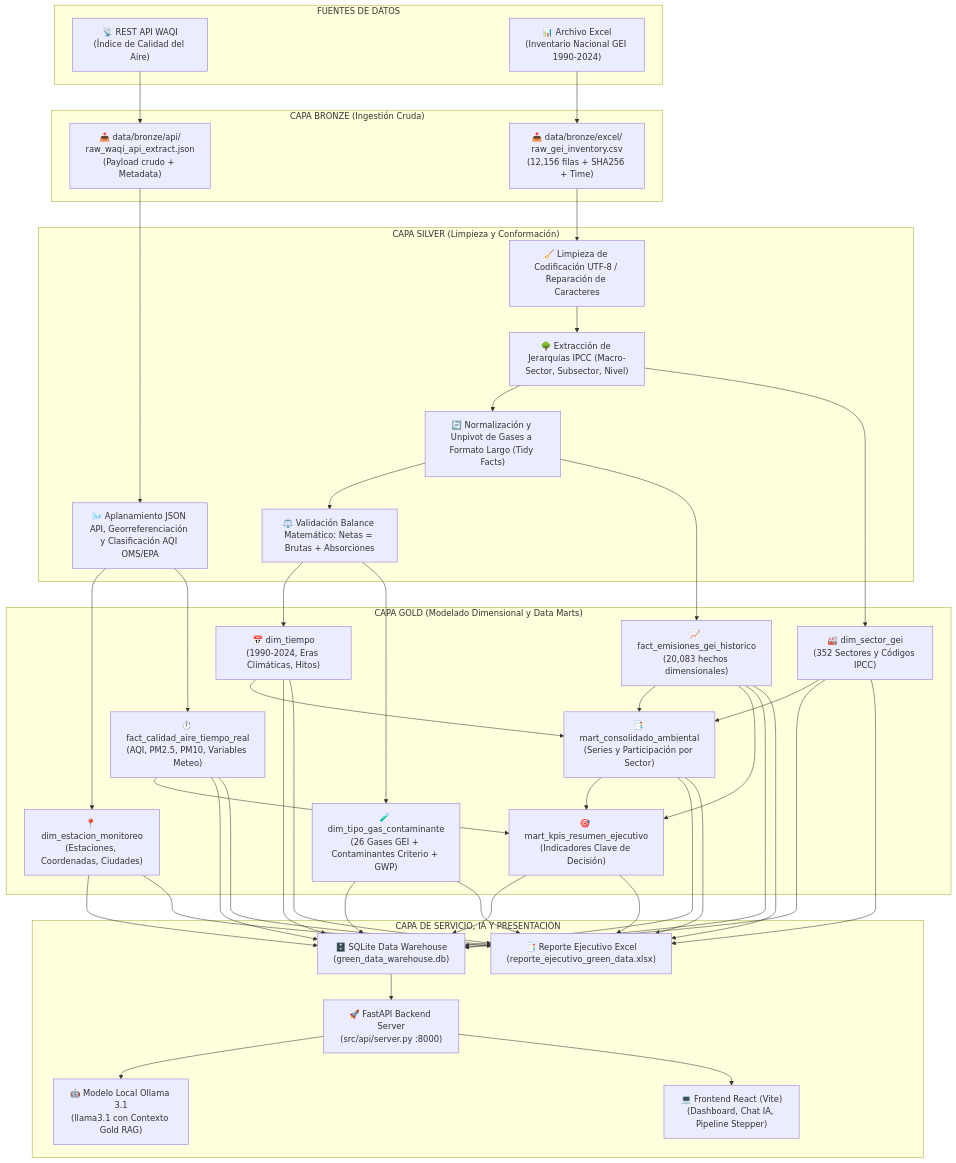
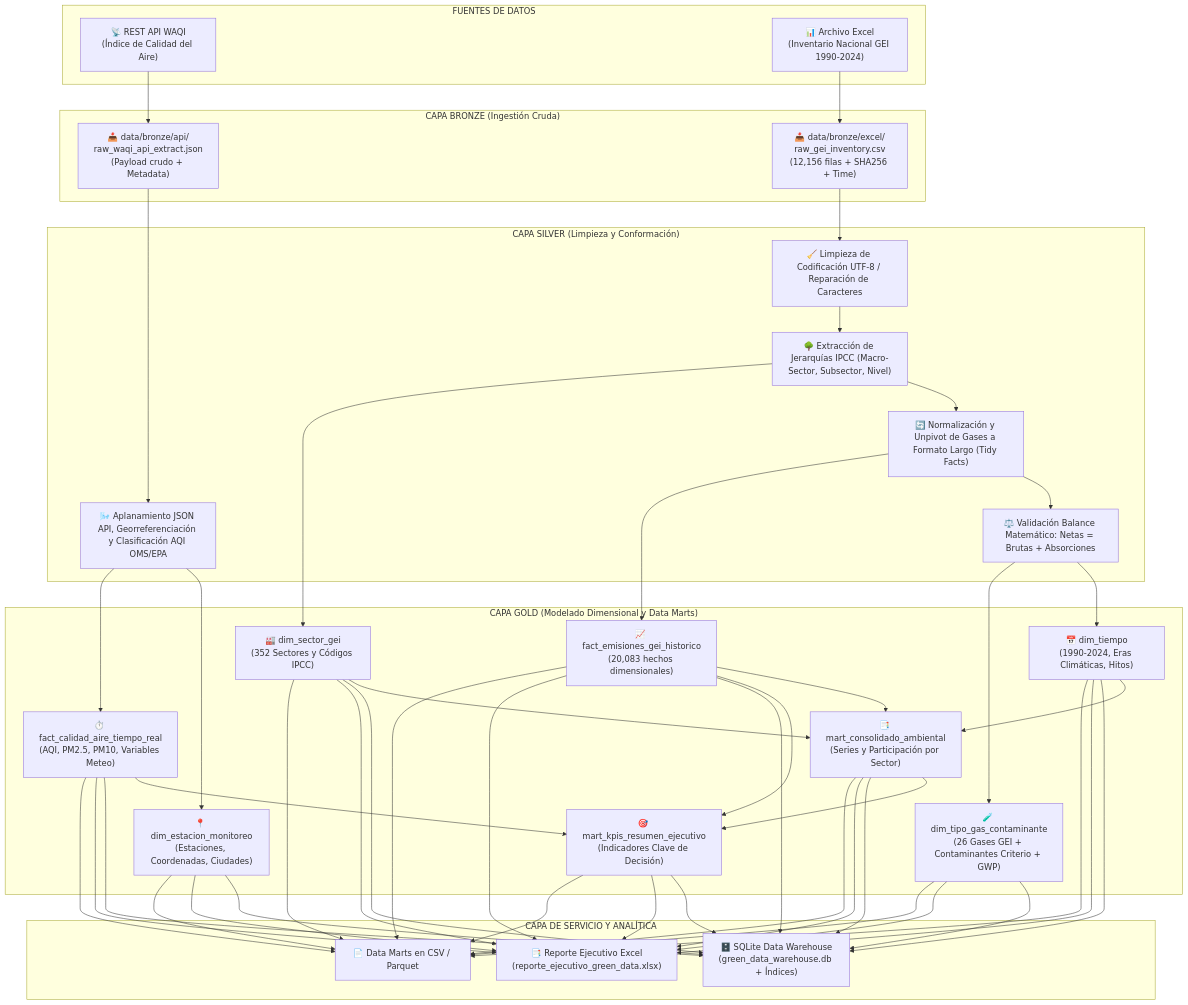
The first of 3 diagrams in README.md (miguelherrerasantanilla800-wq/Parcial-ETL-Green-Data), drawn with Mermaid before and after one commit. The commit also changed other lines of this file and 12 other files, not shown here.

````diff
--- a/README.md
+++ b/README.md
@@ -34,62 +35,57 @@
 ```mermaid
 flowchart TD
     subgraph SOURCELAYER [" FUENTES DE DATOS "]
         SRC_API["📡 REST API WAQI<br/>(Índice de Calidad del Aire)"]
         SRC_XLS["📊 Archivo Excel<br/>(Inventario Nacional GEI 1990-2024)"]
     end
 
     subgraph BRONZELAYER [" CAPA BRONZE (Ingestión Cruda) "]
         BRZ_API["📥 data/bronze/api/<br/>raw_waqi_api_extract.json<br/>(Payload crudo + Metadata)"]
         BRZ_XLS["📥 data/bronze/excel/<br/>raw_gei_inventory.csv<br/>(12,156 filas + SHA256 + Time)"]
     end
 
     subgraph SILVERLAYER [" CAPA SILVER (Limpieza y Conformación) "]
         SLV_CLEAN["🧹 Limpieza de Codificación UTF-8 / Reparación de Caracteres"]
         SLV_PARSE["🌳 Extracción de Jerarquías IPCC (Macro-Sector, Subsector, Nivel)"]
         SLV_NORM["🔄 Normalización y Unpivot de Gases a Formato Largo (Tidy Facts)"]
         SLV_VAL["⚖️ Validación Balance Matemático: Netas = Brutas + Absorciones"]
         SLV_AIR["🌬️ Aplanamiento JSON API, Georreferenciación y Clasificación AQI OMS/EPA"]
     end
 
     subgraph GOLDLAYER [" CAPA GOLD (Modelado Dimensional y Data Marts) "]
         DIM_T["📅 dim_tiempo<br/>(1990-2024, Eras Climáticas, Hitos)"]
         DIM_S["🏭 dim_sector_gei<br/>(352 Sectores y Códigos IPCC)"]
         DIM_G["🧪 dim_tipo_gas_contaminante<br/>(26 Gases GEI + Contaminantes Criterio + GWP)"]
         DIM_E["📍 dim_estacion_monitoreo<br/>(Estaciones, Coordenadas, Ciudades)"]
         FACT_G["📈 fact_emisiones_gei_historico<br/>(20,083 hechos dimensionales)"]
         FACT_A["⏱️ fact_calidad_aire_tiempo_real<br/>(AQI, PM2.5, PM10, Variables Meteo)"]
         MART_C["📑 mart_consolidado_ambiental<br/>(Series y Participación por Sector)"]
         MART_K["🎯 mart_kpis_resumen_ejecutivo<br/>(Indicadores Clave de Decisión)"]
     end
 
-    subgraph SERVINGLAYER [" CAPA DE SERVICIO, IA Y PRESENTACIÓN "]
-        DB_SQL["🗄️ SQLite Data Warehouse<br/>(green_data_warehouse.db)"]
+    subgraph SERVINGLAYER [" CAPA DE SERVICIO Y ANALÍTICA "]
+        DB_SQL["🗄️ SQLite Data Warehouse<br/>(green_data_warehouse.db + Índices)"]
         XLS_REP["📑 Reporte Ejecutivo Excel<br/>(reporte_ejecutivo_green_data.xlsx)"]
-        API_SRV["🚀 FastAPI Backend Server<br/>(src/api/server.py :8000)"]
-        OLLAMA["🤖 Modelo Local Ollama 3.1<br/>(llama3.1 con Contexto Gold RAG)"]
-        REACT_UI["💻 Frontend React (Vite)<br/>(Dashboard, Chat IA, Pipeline Stepper)"]
+        CSV_PUB["📄 Data Marts en CSV / Parquet"]
     end
 
     SRC_API --> BRZ_API
     SRC_XLS --> BRZ_XLS
 
     BRZ_API --> SLV_AIR
     BRZ_XLS --> SLV_CLEAN --> SLV_PARSE --> SLV_NORM --> SLV_VAL
 
     SLV_PARSE --> DIM_S
     SLV_NORM --> FACT_G
     SLV_VAL --> DIM_T
     SLV_VAL --> DIM_G
     SLV_AIR --> DIM_E
     SLV_AIR --> FACT_A
 
     FACT_G & DIM_S & DIM_T --> MART_C
     FACT_G & FACT_A & MART_C --> MART_K
 
     DIM_T & DIM_S & DIM_G & DIM_E & FACT_G & FACT_A & MART_C & MART_K --> DB_SQL
     DIM_T & DIM_S & DIM_G & DIM_E & FACT_G & FACT_A & MART_C & MART_K --> XLS_REP
-
-    DB_SQL --> API_SRV
-    API_SRV --> OLLAMA
-    API_SRV --> REACT_UI
+    DIM_T & DIM_S & DIM_G & DIM_E & FACT_G & FACT_A & MART_C & MART_K --> CSV_PUB
 ```
````
